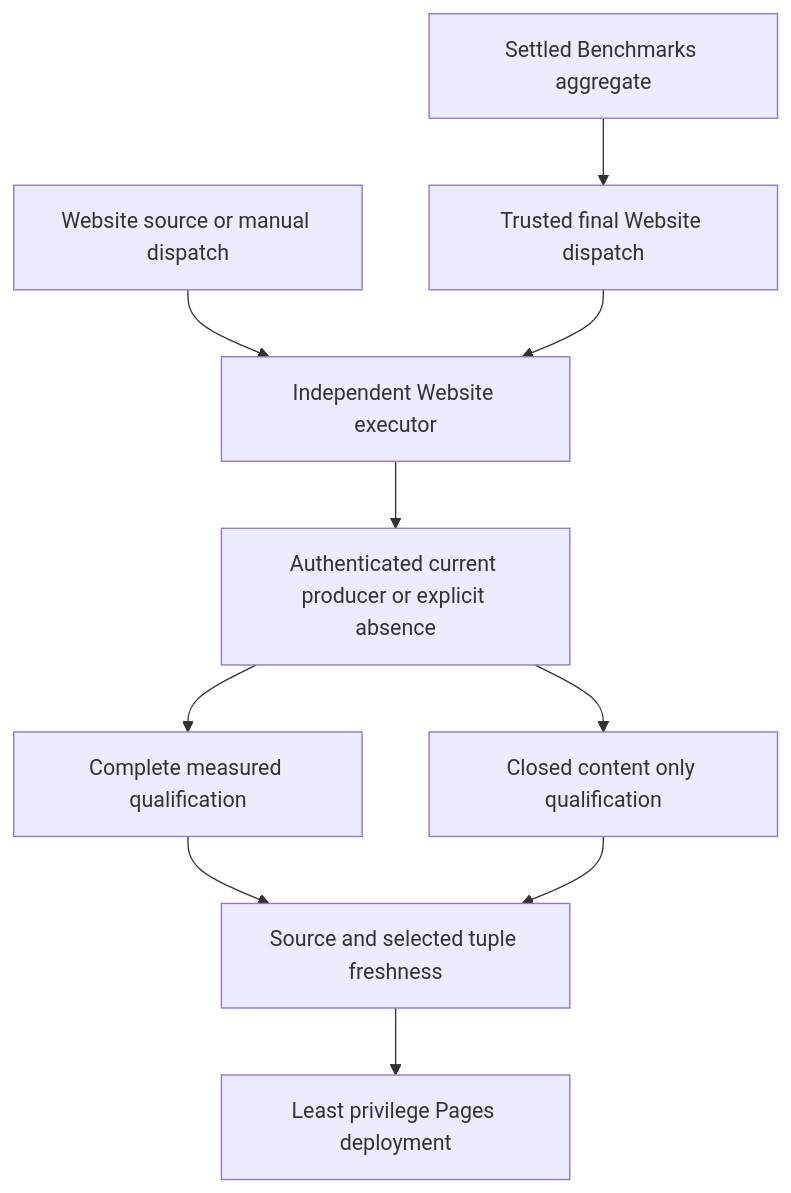
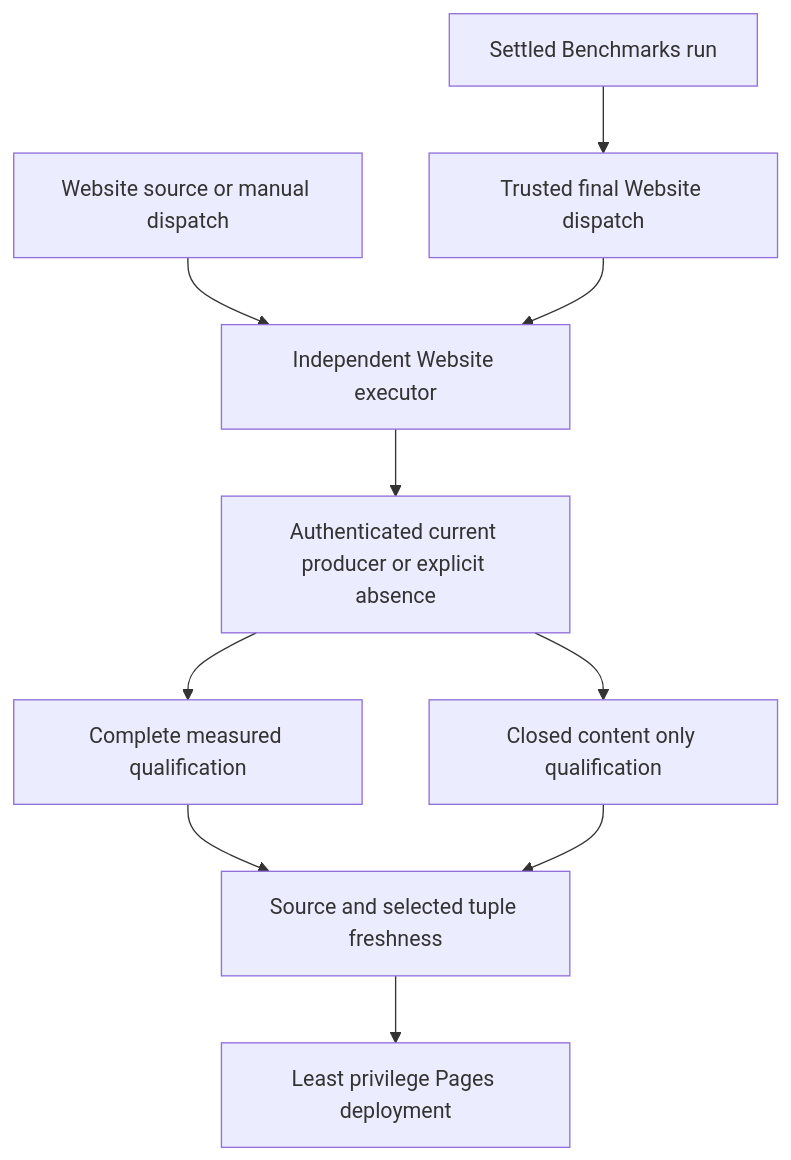
Before and after one commit to managedcode/KeyLoad: the diagram in docs/ADR/ADR-112-independent-website-publication.md, drawn with Mermaid. The commit also changed other lines of this file and 60 other files, not shown here.

````diff
--- a/docs/ADR/ADR-112-independent-website-publication.md
+++ b/docs/ADR/ADR-112-independent-website-publication.md
@@ -45,12 +49,12 @@
 ```mermaid
 flowchart TD
     Push[Website source or manual dispatch] --> Website[Independent Website executor]
-    Benchmarks[Settled Benchmarks aggregate] --> Trigger[Trusted final Website dispatch]
+    Benchmarks[Settled Benchmarks run] --> Trigger[Trusted final Website dispatch]
     Trigger --> Website
     Website --> Select[Authenticated current producer or explicit absence]
     Select --> Measured[Complete measured qualification]
     Select --> Empty[Closed content only qualification]
     Measured --> Fresh[Source and selected tuple freshness]
     Empty --> Fresh
     Fresh --> Pages[Least privilege Pages deployment]
 ```
````
